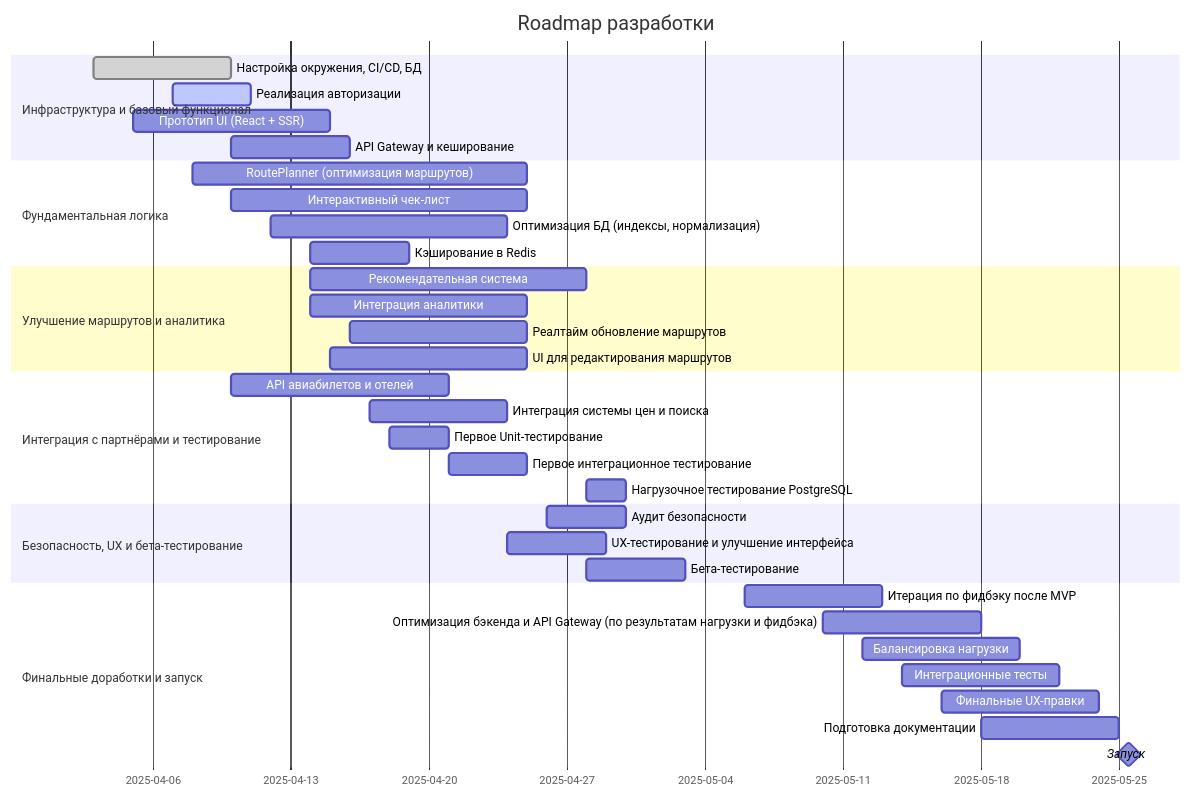
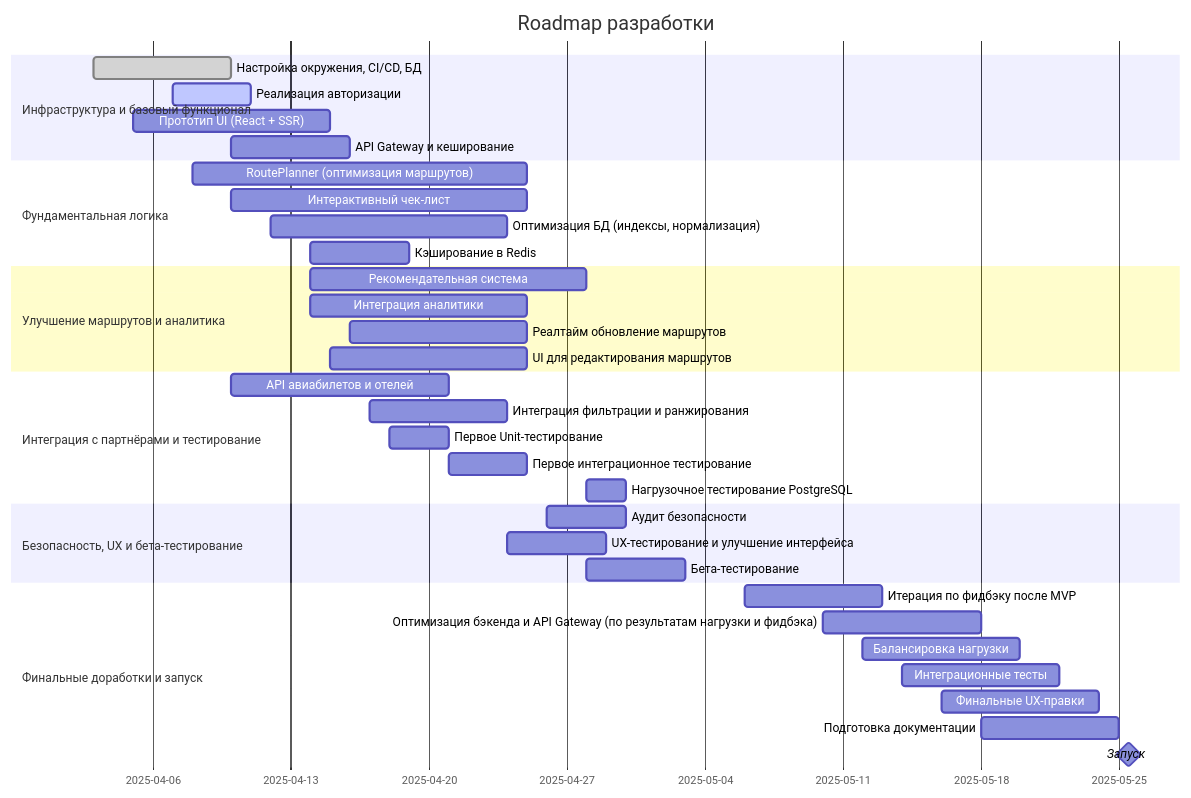
The diagram in Документация/Разработка материалы/Roadmap разработки.md (kayukovzakhar/TRPO_Travel_Planning_Service), drawn with Mermaid before and after one commit.

Commit message:
Update Roadmap разработки.md

````diff
--- a/Документация/Разработка материалы/Roadmap разработки.md
+++ b/Документация/Разработка материалы/Roadmap разработки.md
@@ -4,43 +4,43 @@
 ```mermaid
 gantt
     title Roadmap разработки
     dateFormat  YYYY-MM-DD
     section Инфраструктура и базовый функционал
     Настройка окружения, CI/CD, БД        :done, 2025-04-03, 2025-04-10
     Реализация авторизации                :active, 2025-04-07, 2025-04-11
     Прототип UI (React + SSR)             :2025-04-05, 2025-04-15
     API Gateway и кеширование             :2025-04-10, 2025-04-16
 
     section Фундаментальная логика
     RoutePlanner (оптимизация маршрутов)  :2025-04-08, 2025-04-25
     Интерактивный чек-лист                :2025-04-10, 2025-04-25
     Оптимизация БД (индексы, нормализация):2025-04-12, 2025-04-24
     Кэширование в Redis                   :2025-04-14, 2025-04-19
 
     section Улучшение маршрутов и аналитика
     Рекомендательная система              :2025-04-14, 2025-04-28
     Интеграция аналитики                  :2025-04-14, 2025-04-25
     Реалтайм обновление маршрутов         :2025-04-16, 2025-04-25
     UI для редактирования маршрутов       :2025-04-15, 2025-04-25
 
     section Интеграция с партнёрами и тестирование
     API авиабилетов и отелей              :2025-04-10, 2025-04-21
-    Интеграция системы цен и поиска       :2025-04-17, 2025-04-24
+    Интеграция фильтрации и ранжирования  :2025-04-17, 2025-04-24
     Первое Unit-тестирование              :2025-04-18, 2025-04-21
     Первое интеграционное тестирование    :2025-04-21, 2025-04-25
     Нагрузочное тестирование PostgreSQL   :2025-04-28, 2025-04-30
 
     section Безопасность, UX и бета-тестирование
     Аудит безопасности                    :2025-04-26, 2025-04-30
     UX-тестирование и улучшение интерфейса:2025-04-24, 2025-04-29
     Бета-тестирование                     :2025-04-28, 2025-05-03
 
     section Финальные доработки и запуск
     Итерация по фидбэку после MVP         :2025-05-06, 2025-05-13
     Оптимизация бэкенда и API Gateway (по результатам нагрузки и фидбэка):2025-05-10, 2025-05-18
     Балансировка нагрузки                 :2025-05-12, 2025-05-20
     Интеграционные тесты                  :2025-05-14, 2025-05-22
     Финальные UX-правки                   :2025-05-16, 2025-05-24
     Подготовка документации               :2025-05-18, 2025-05-25
     Запуск                             :milestone, 2025-05-25, 1d
 ```
````
